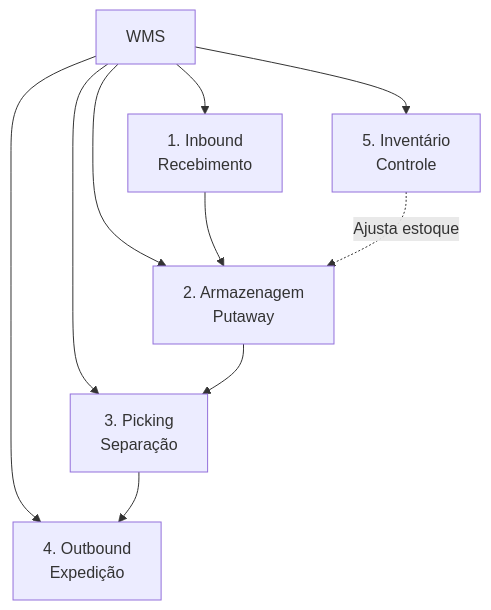
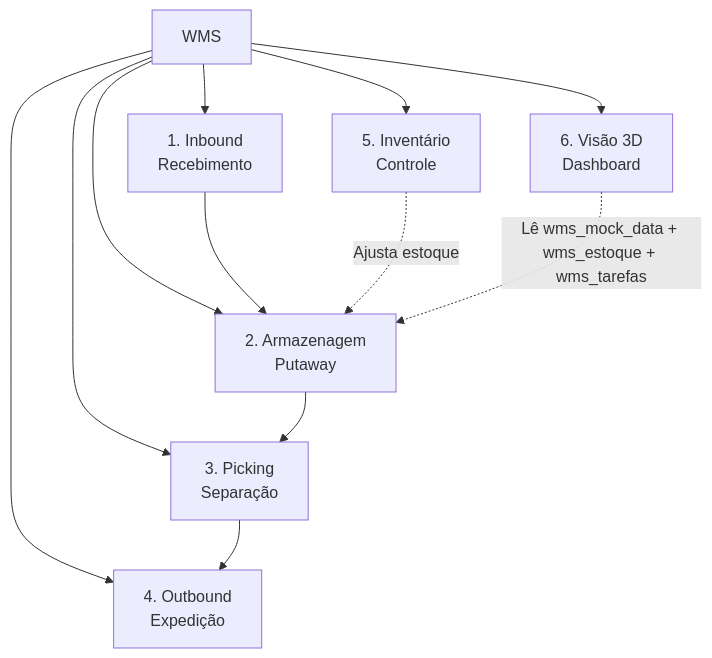
Before and after one commit to parreirapaulohenrique-hash/parreirasistemas: the fifth of 11 diagrams in platform/NOVO_AGENTE.md, drawn with Mermaid. The commit also changed other lines of this file and 1 other file, not shown here.

````diff
--- a/platform/NOVO_AGENTE.md
+++ b/platform/NOVO_AGENTE.md
@@ -120,13 +120,15 @@
 ```mermaid
 graph TD
     WMS[WMS] --> In[1. Inbound<br>Recebimento]
     WMS --> Arm[2. Armazenagem<br>Putaway]
     WMS --> Pick[3. Picking<br>Separação]
     WMS --> Out[4. Outbound<br>Expedição]
     WMS --> Inv[5. Inventário<br>Controle]
+    WMS --> Vis[6. Visão 3D<br>Dashboard]
     
     In --> Arm
     Arm --> Pick
     Pick --> Out
     Inv -.->|Ajusta estoque| Arm
+    Vis -.->|Lê wms_mock_data + wms_estoque + wms_tarefas| Arm
 ```
````
